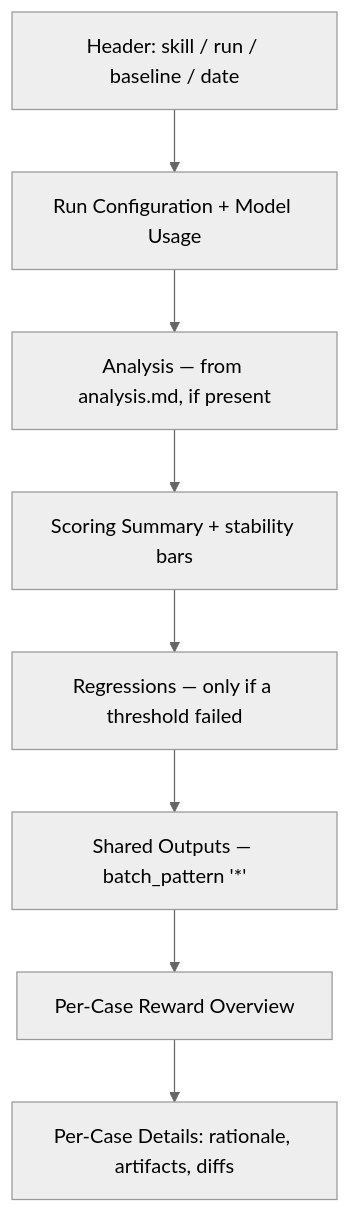
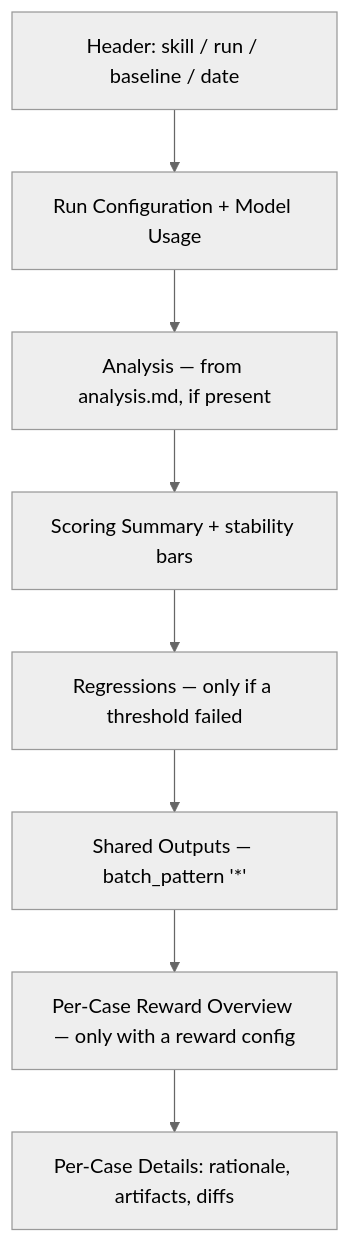
The diagram in website/concepts/report.md (GuyZivRH/agent-eval-harness), drawn with Mermaid (neutral theme) before and after one commit. The commit also changed other lines of this file and 4 other files, not shown here.

````diff
--- a/website/concepts/report.md
+++ b/website/concepts/report.md
@@ -42,10 +42,10 @@
 ```mermaid
 flowchart TD
     H[Header: skill / run / baseline / date] --> RC[Run Configuration + Model Usage]
     RC --> AN[Analysis — from analysis.md, if present]
     AN --> SS[Scoring Summary + stability bars]
     SS --> RG[Regressions — only if a threshold failed]
     RG --> SO[Shared Outputs — batch_pattern '*']
-    SO --> RO[Per-Case Reward Overview]
+    SO --> RO["Per-Case Reward Overview — only with a reward config"]
     RO --> PC[Per-Case Details: rationale, artifacts, diffs]
 ```
````
